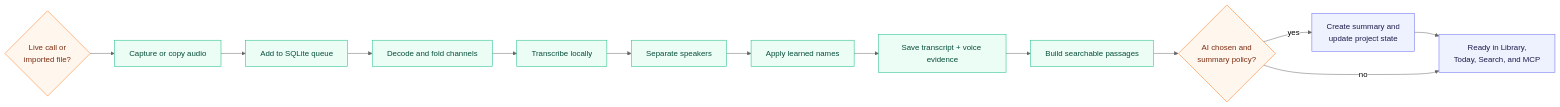
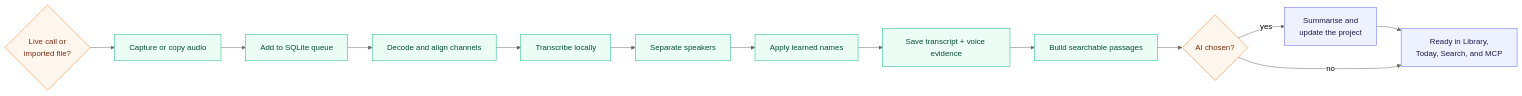
One commit to dmykolen/meeting-transcriber-go changed the third of 3 diagrams in README.md. Above: the diagram before and after it, drawn with Mermaid (neutral theme). The commit also changed other lines of this file and 73 other files, not shown here.

````diff
--- a/README.md
+++ b/README.md
@@ -120,26 +259,26 @@
 ```mermaid
 flowchart LR
     Start{"Live call or<br/>imported file?"}
     Capture["Capture or copy audio"]
     Queue["Add to SQLite queue"]
-    Decode["Decode and fold channels"]
+    Decode["Decode and align channels"]
     ASR["Transcribe locally"]
     Speakers["Separate speakers"]
     Names["Apply learned names"]
     Save["Save transcript + voice evidence"]
     Index["Build searchable passages"]
-    Summary{"AI chosen and<br/>summary policy?"}
-    AI["Create summary and<br/>update project state"]
+    Summary{"AI chosen?"}
+    AI["Summarise and<br/>update the project"]
     Ready["Ready in Library,<br/>Today, Search, and MCP"]
 
     Start --> Capture --> Queue --> Decode --> ASR --> Speakers --> Names --> Save --> Index --> Summary
     Summary -->|"yes"| AI --> Ready
     Summary -->|"no"| Ready
 
     classDef local fill:#ECFDF5,stroke:#10B981,color:#064E3B
     classDef decision fill:#FFF7ED,stroke:#F97316,color:#7C2D12
     classDef result fill:#EEF2FF,stroke:#6366F1,color:#1E1B4B
     class Capture,Queue,Decode,ASR,Speakers,Names,Save,Index local
     class Start,Summary decision
     class AI,Ready result
 ```
````
